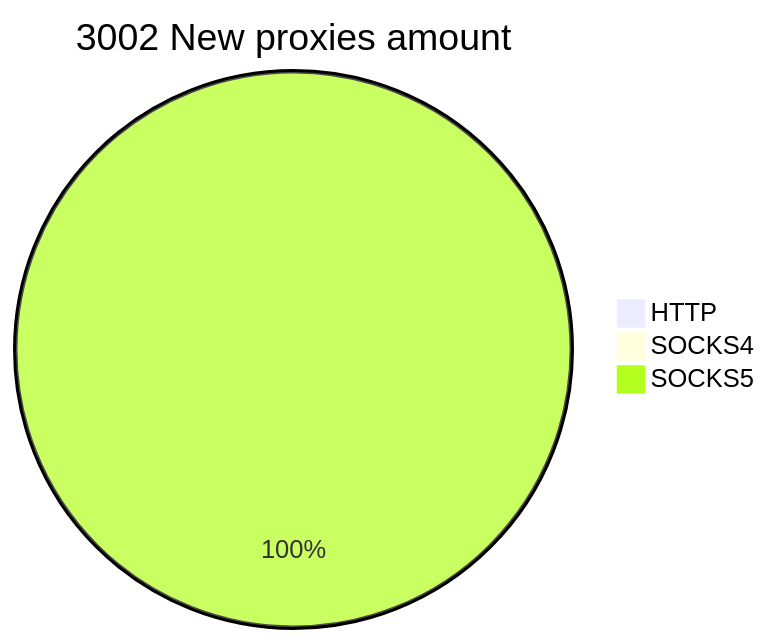
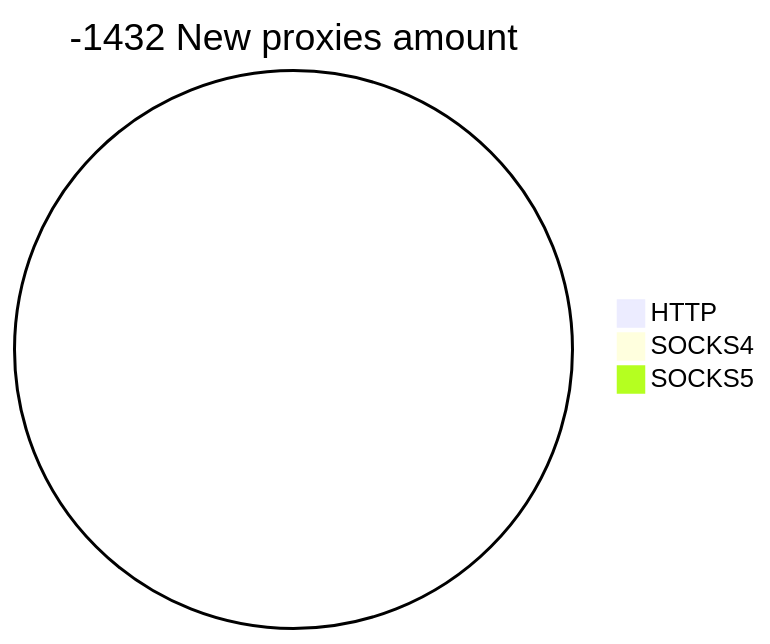
One commit to cutipu/proxylist changed the second of 2 diagrams in README.md. Above: the diagram before and after it, drawn with Mermaid. The commit also changed other lines of this file, not shown here.

````diff
--- a/README.md
+++ b/README.md
@@ -10,6 +10,6 @@
 ```mermaid
-pie title 3002 New proxies amount
+pie title -1432 New proxies amount
     "HTTP" : 0
     "SOCKS4" : 0
-    "SOCKS5" : 3004
+    "SOCKS5" : 0
 ```
````
